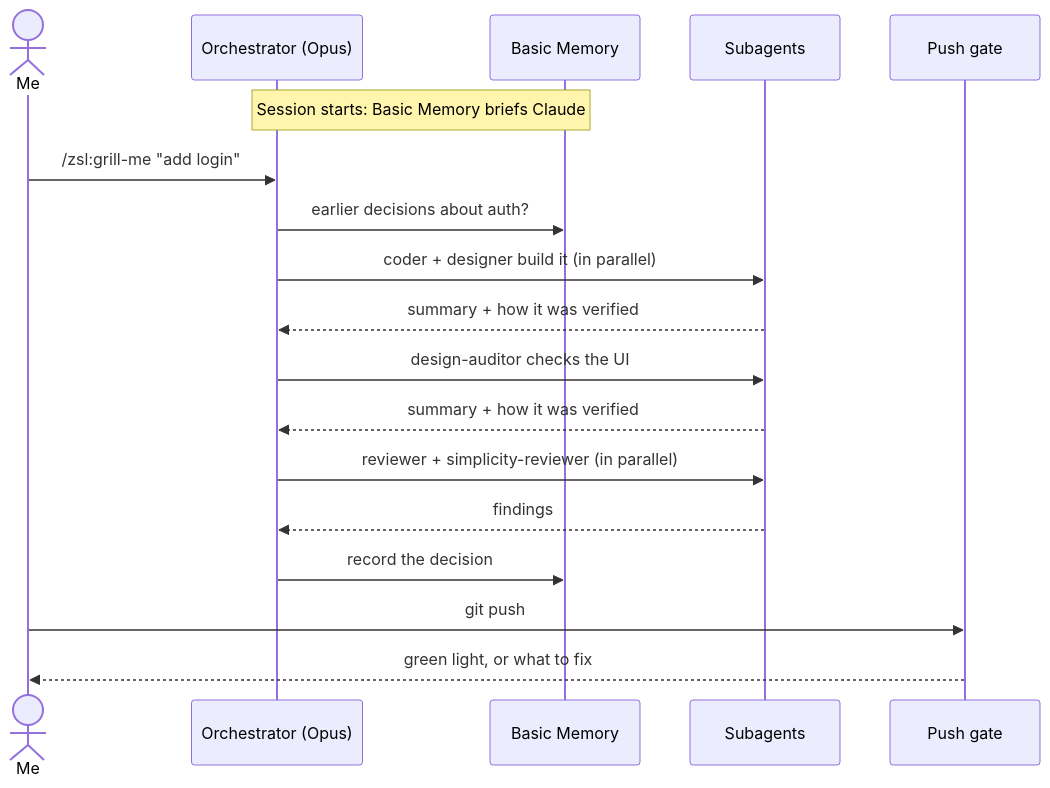
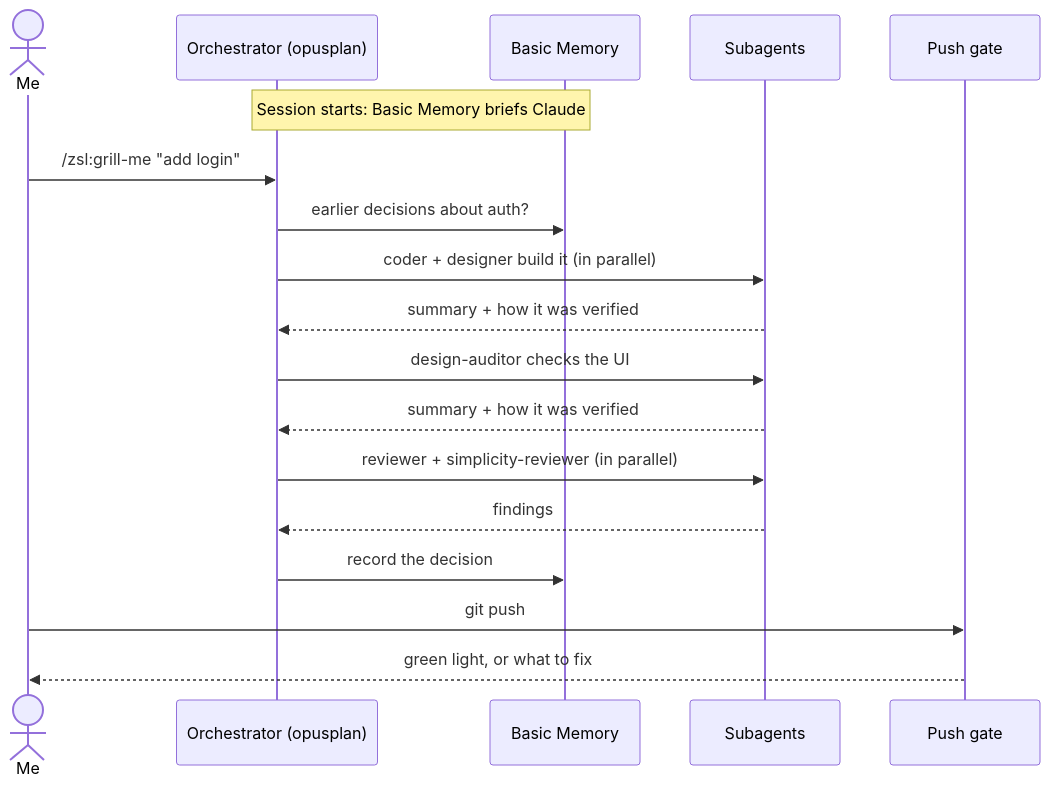
Before and after one commit to milosanokklis-debug/new_ai_setup: the fourth of 6 diagrams in README.md, drawn with Mermaid. The commit also changed other lines of this file and 12 other files, not shown here.

````diff
--- a/README.md
+++ b/README.md
@@ -180,21 +198,21 @@
 ```mermaid
 sequenceDiagram
     actor Me
-    participant M as Orchestrator (Opus)
+    participant M as Orchestrator (opusplan)
     participant BM as Basic Memory
     participant A as Subagents
     participant G as Push gate
 
     Note over M,BM: Session starts: Basic Memory briefs Claude
     Me->>M: /zsl:grill-me "add login"
     M->>BM: earlier decisions about auth?
     M->>A: coder + designer build it (in parallel)
     A-->>M: summary + how it was verified
     M->>A: design-auditor checks the UI
     A-->>M: summary + how it was verified
     M->>A: reviewer + simplicity-reviewer (in parallel)
     A-->>M: findings
     M->>BM: record the decision
     Me->>G: git push
     G-->>Me: green light, or what to fix
 ```
````
